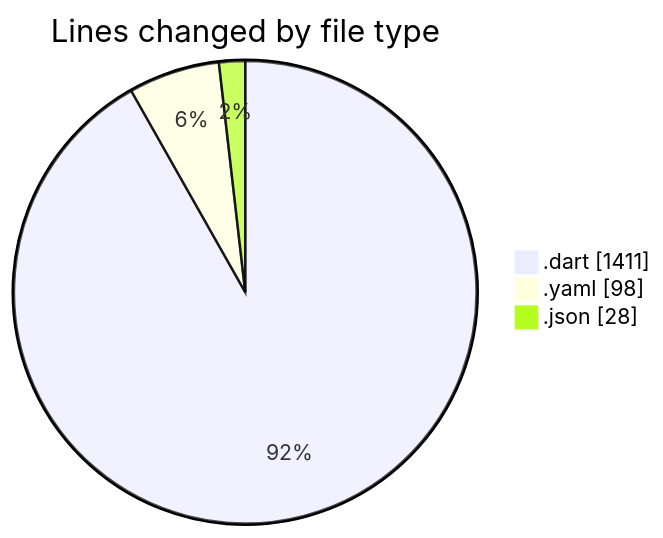
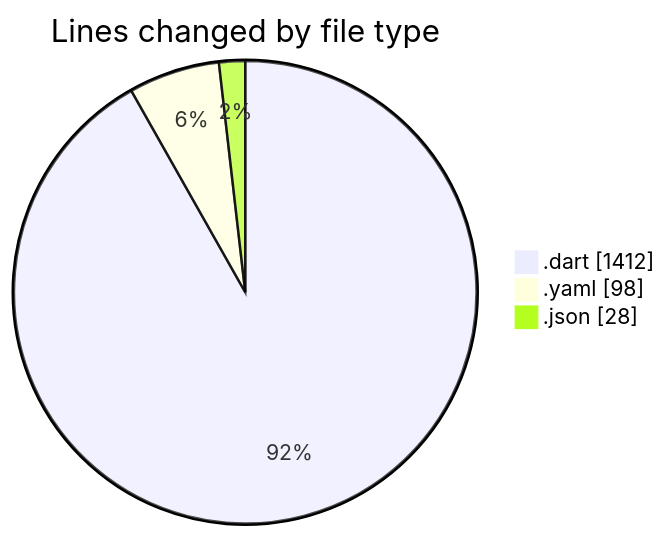
The first of 2 diagrams in 2025-11-01/weather_insights_app/README.md (donsfak/code-tracking), drawn with Mermaid before and after one commit. The commit also changed other lines of this file and 1 other file, not shown here.

````diff
--- a/2025-11-01/weather_insights_app/README.md
+++ b/2025-11-01/weather_insights_app/README.md
@@ -28,7 +28,7 @@
 ```mermaid
 pie showData
 title Lines changed by file type
-".dart" : 1411
+".dart" : 1412
 ".yaml" : 98
 ".json" : 28
 ```
````
